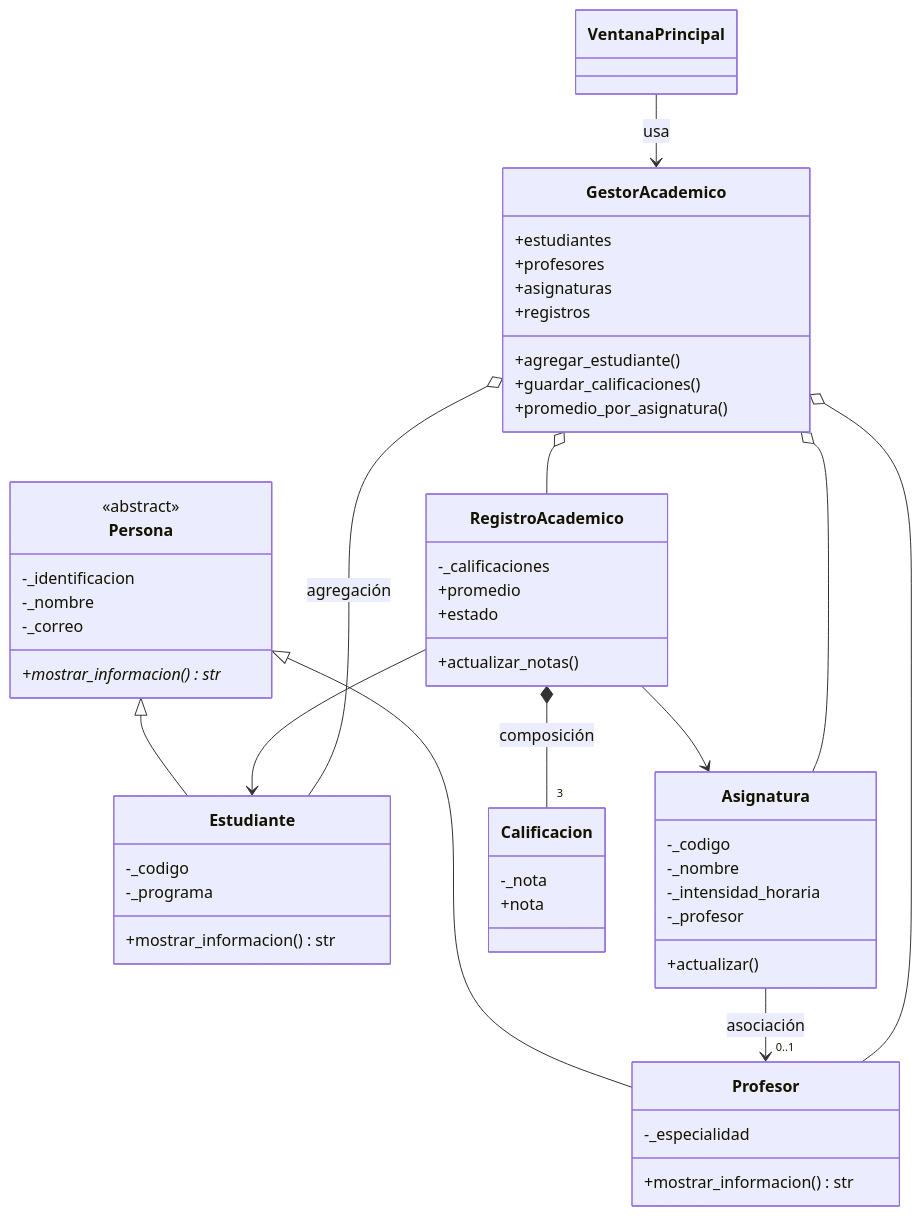
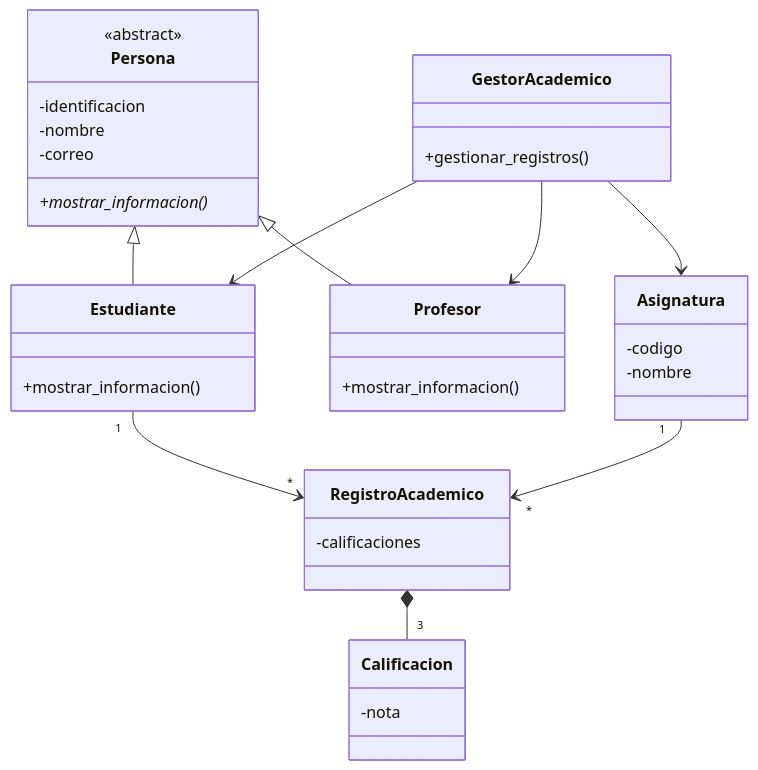
One commit to martin2508-cpu/EDUCONTROL changed the diagram in README.md. Above: the diagram before and after it, drawn with Mermaid. The commit also changed other lines of this file, not shown here.

````diff
--- a/README.md
+++ b/README.md
@@ -32,57 +126,44 @@
 ```mermaid
 classDiagram
     class Persona {
         <<abstract>>
-        -_identificacion
-        -_nombre
-        -_correo
-        +mostrar_informacion()* str
+        -identificacion
+        -nombre
+        -correo
+        +mostrar_informacion()*
     }
+
     class Estudiante {
-        -_codigo
-        -_programa
-        +mostrar_informacion() str
+        +mostrar_informacion()
     }
+
     class Profesor {
-        -_especialidad
-        +mostrar_informacion() str
+        +mostrar_informacion()
     }
+
     class Asignatura {
-        -_codigo
-        -_nombre
-        -_intensidad_horaria
-        -_profesor
-        +actualizar()
+        -codigo
+        -nombre
     }
+
     class Calificacion {
-        -_nota
-        +nota
+        -nota
     }
+
     class RegistroAcademico {
-        -_calificaciones
-        +promedio
-        +estado
-        +actualizar_notas()
+        -calificaciones
     }
+
     class GestorAcademico {
-        +estudiantes
-        +profesores
-        +asignaturas
-        +registros
-        +agregar_estudiante()
-        +guardar_calificaciones()
-        +promedio_por_asignatura()
+        +gestionar_registros()
     }
-    class VentanaPrincipal
+
     Persona <|-- Estudiante
     Persona <|-- Profesor
-    Asignatura --> "0..1" Profesor : asociación
-    RegistroAcademico *-- "3" Calificacion : composición
-    RegistroAcademico --> Estudiante
-    RegistroAcademico --> Asignatura
-    GestorAcademico o-- Estudiante : agregación
-    GestorAcademico o-- Profesor
-    GestorAcademico o-- Asignatura
-    GestorAcademico o-- RegistroAcademico
-    VentanaPrincipal --> GestorAcademico : usa
+    Estudiante "1" --> "*" RegistroAcademico
+    Asignatura "1" --> "*" RegistroAcademico
+    RegistroAcademico *-- "3" Calificacion
+    GestorAcademico --> Estudiante
+    GestorAcademico --> Profesor
+    GestorAcademico --> Asignatura
 ```
````
